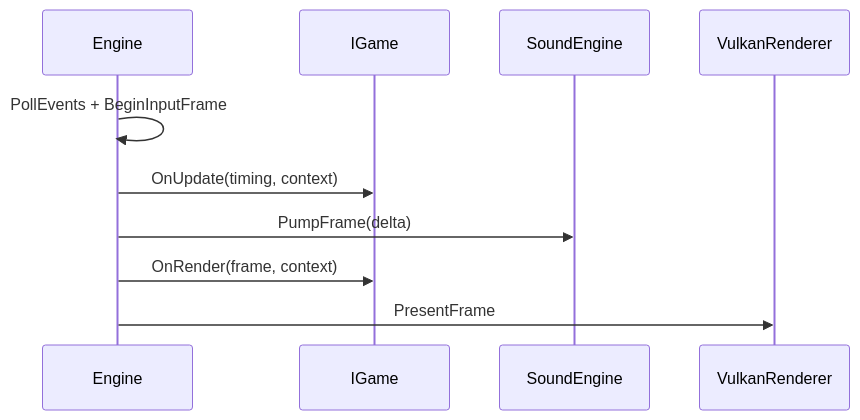
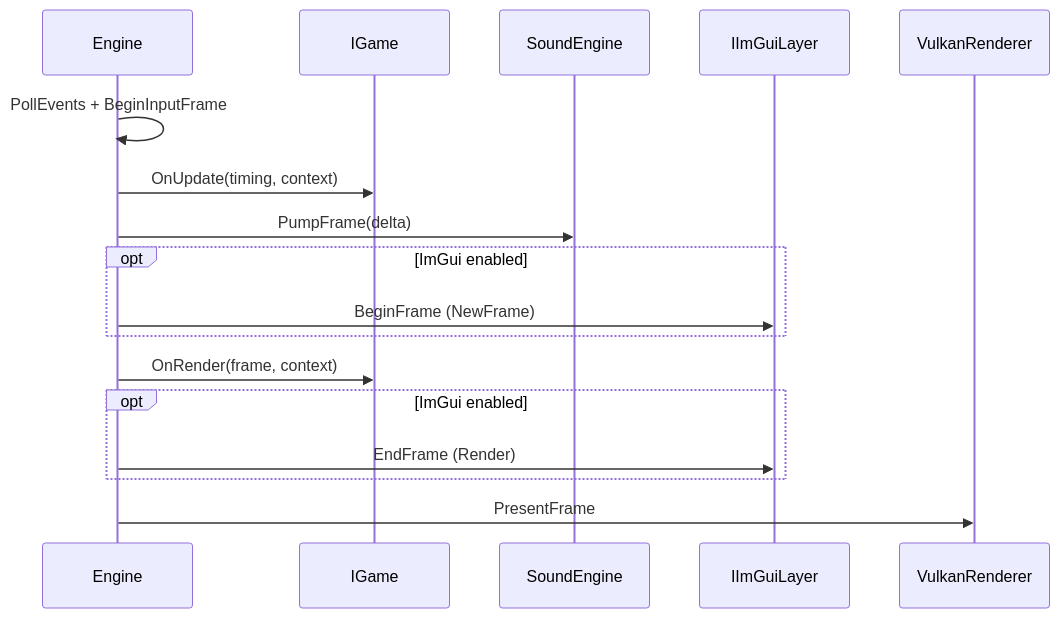
Before and after one commit to hoihky/spark: the diagram in docs/programming-guide/1-overview-architecture/04-engine-loop.md, drawn with Mermaid. The commit also changed other lines of this file and 169 other files, not shown here.

````diff
--- a/docs/programming-guide/1-overview-architecture/04-engine-loop.md
+++ b/docs/programming-guide/1-overview-architecture/04-engine-loop.md
@@ -34,12 +34,19 @@
 ```mermaid
 sequenceDiagram
     participant E as Engine
     participant G as IGame
     participant S as SoundEngine
+    participant I as IImGuiLayer
     participant V as VulkanRenderer
     E->>E: PollEvents + BeginInputFrame
     E->>G: OnUpdate(timing, context)
     E->>S: PumpFrame(delta)
+    opt ImGui enabled
+        E->>I: BeginFrame (NewFrame)
+    end
     E->>G: OnRender(frame, context)
+    opt ImGui enabled
+        E->>I: EndFrame (Render)
+    end
     E->>V: PresentFrame
 ```
````
